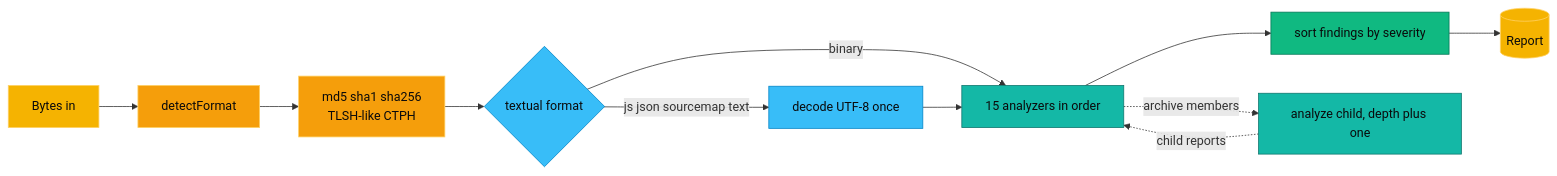
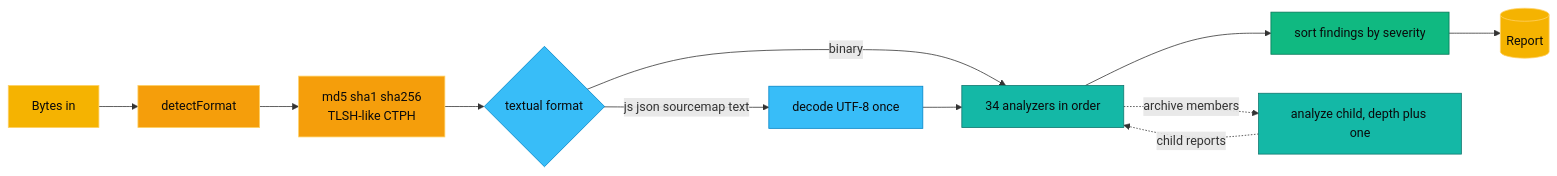
Before and after one commit to aniruddhaadak80/re: the first of 3 diagrams in docs/architecture.md, drawn with Mermaid. The commit also changed other lines of this file and 7 other files, not shown here.

Commit message:
docs: Chinese, Japanese and Spanish READMEs, language links at the top, architecture counts from code, gap matrix rows for 1.0

````diff
--- a/docs/architecture.md
+++ b/docs/architecture.md
@@ -29,18 +36,18 @@
 ```mermaid
 flowchart LR
   IN[Bytes in]:::gold --> FMT[detectFormat]:::amber
   FMT --> HASH[md5 sha1 sha256<br/>TLSH-like CTPH]:::amber
   HASH --> TXT{textual format}:::sky
   TXT -->|js json sourcemap text| DEC[decode UTF-8 once]:::sky
   TXT -->|binary| LOOP
-  DEC --> LOOP[15 analyzers in order]:::teal
+  DEC --> LOOP[34 analyzers in order]:::teal
   LOOP --> SORT[sort findings by severity]:::emerald
   SORT --> REP[(Report)]:::gold
   LOOP -. archive members .-> CHILD[analyze child, depth plus one]:::teal
   CHILD -. child reports .-> LOOP
   classDef gold fill:#F5B301,stroke:#FFD166,color:#0A0A0B
   classDef amber fill:#F59E0B,stroke:#FFD166,color:#0A0A0B
   classDef teal fill:#14B8A6,stroke:#0F766E,color:#0A0A0B
   classDef emerald fill:#10B981,stroke:#047857,color:#0A0A0B
   classDef sky fill:#38BDF8,stroke:#0284C7,color:#0A0A0B
 ```
````
